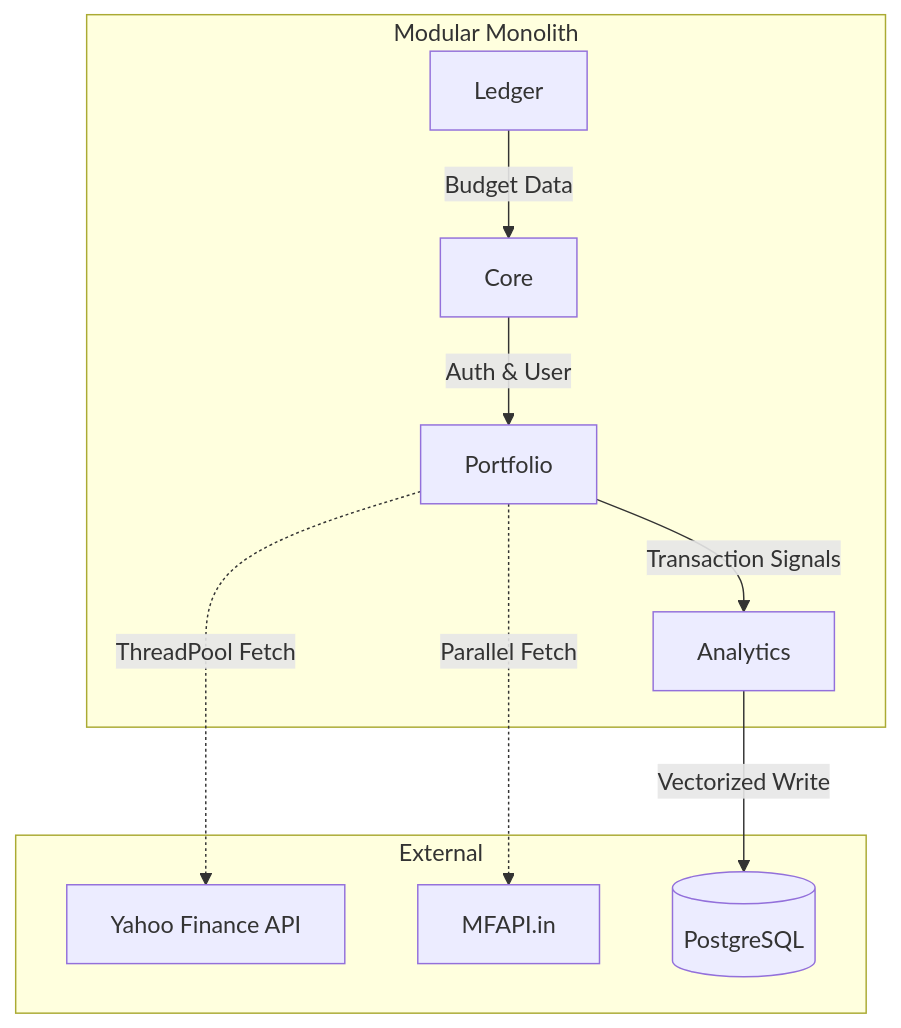
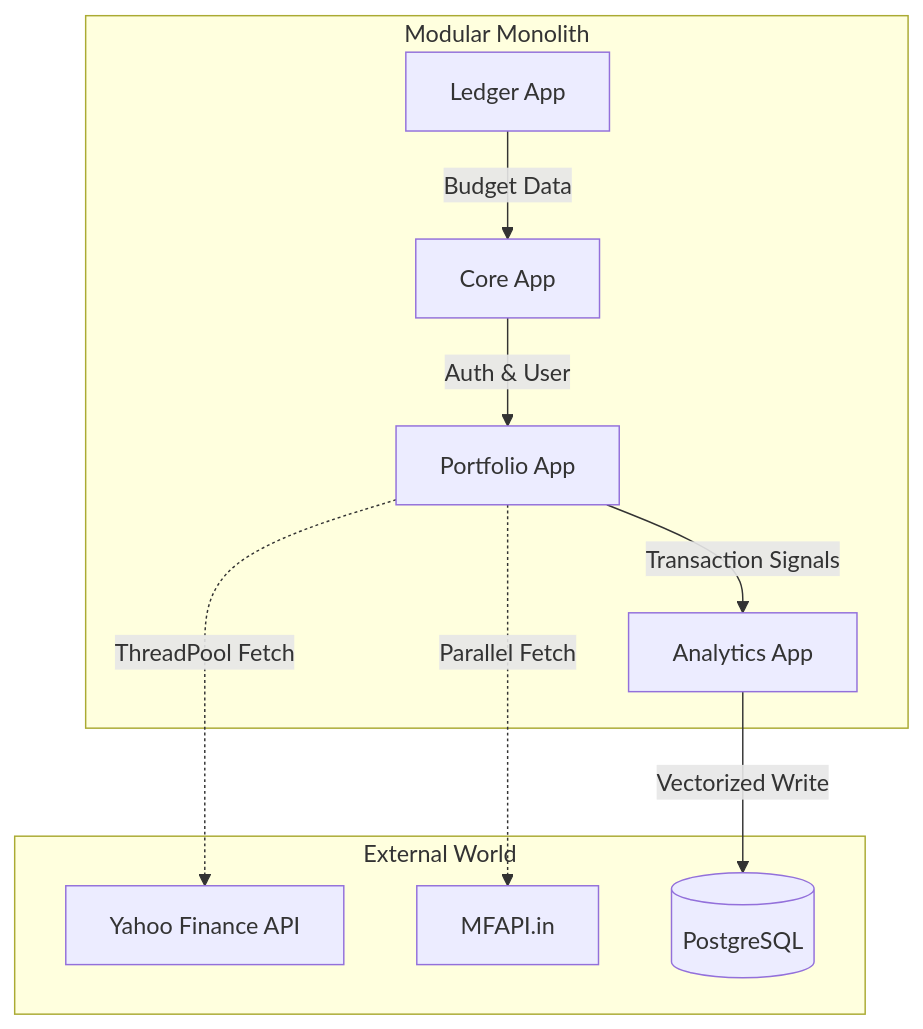
One commit to pandaa-69/PandaLedger changed the second of 2 diagrams in README.md. Above: the diagram before and after it, drawn with Mermaid. The commit also changed other lines of this file, not shown here.

````diff
--- a/README.md
+++ b/README.md
@@ -69,18 +85,18 @@
 ```mermaid
 graph TD
     subgraph "Modular Monolith"
-        C[Core] -->|Auth & User| P[Portfolio]
-        P -->|Transaction Signals| A[Analytics]
-        L[Ledger] -->|Budget Data| C
+        C[Core App] -->|Auth & User| P[Portfolio App]
+        P -->|Transaction Signals| A[Analytics App]
+        L[Ledger App] -->|Budget Data| C
     end
-
-    subgraph "External"
+    
+    subgraph "External World"
         YF[Yahoo Finance API]
         MF[MFAPI.in]
         DB[(PostgreSQL)]
     end
 
     P -.->|ThreadPool Fetch| YF
     P -.->|Parallel Fetch| MF
     A -->|Vectorized Write| DB
 ```
````
